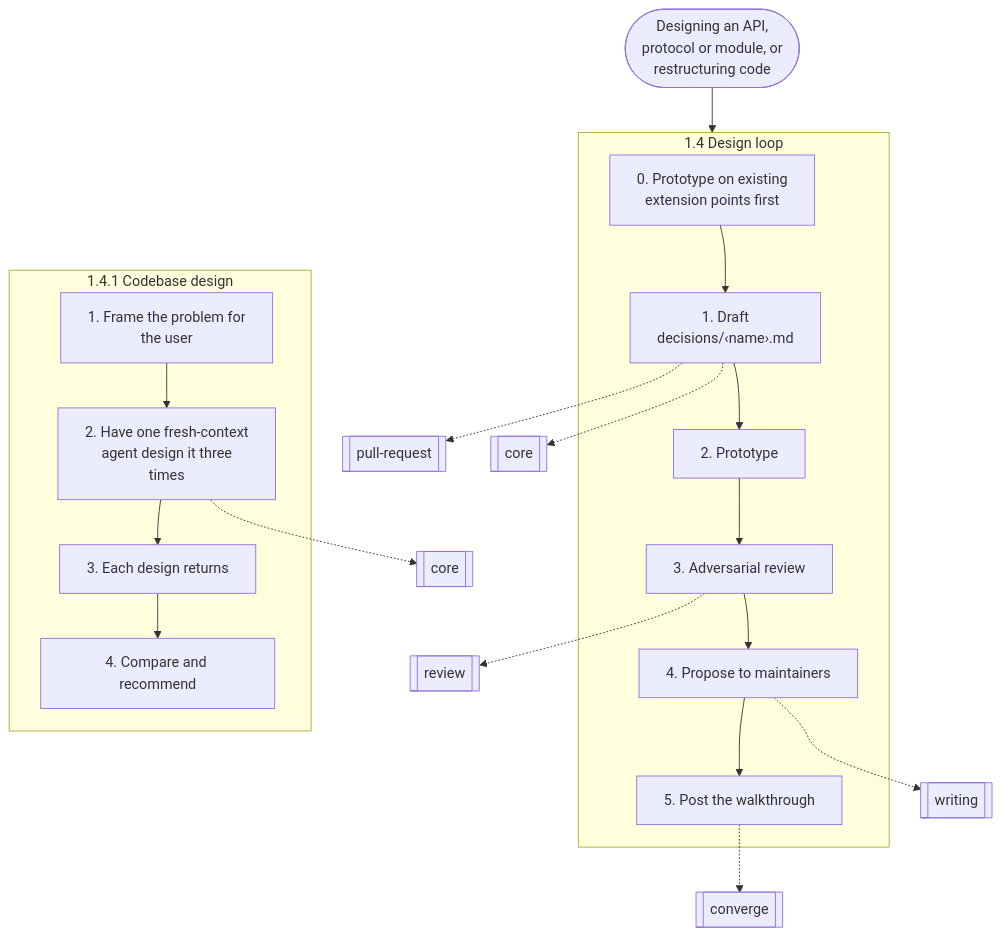
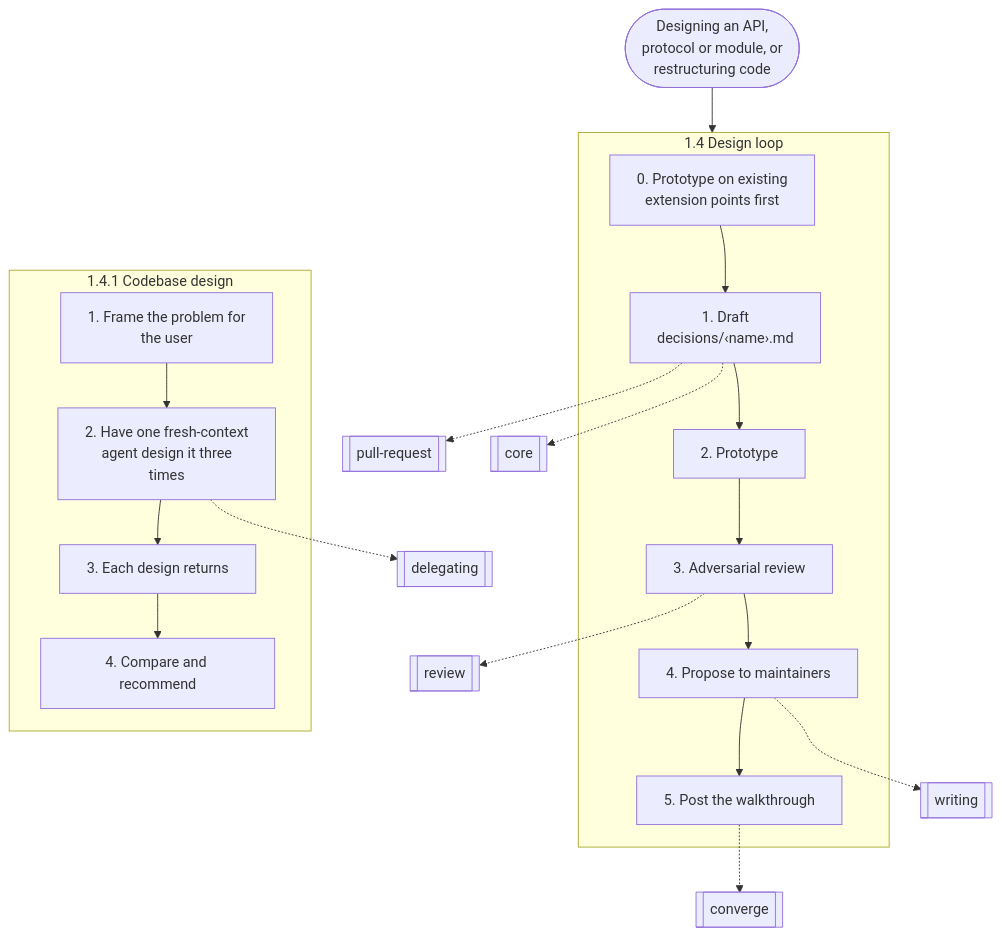
One commit to nitedani/mergeworthy changed the third of 17 diagrams in docs/graphs.md. Above: the diagram before and after it, drawn with Mermaid. The commit also changed other lines of this file and 4 other files, not shown here.

Commit message:
Green CI: regenerate docs/graphs.md, and tests/all.sh runs every CI check before a push

````diff
--- a/docs/graphs.md
+++ b/docs/graphs.md
@@ -88,34 +88,34 @@
 ```mermaid
 flowchart TB
   start(["Designing an API,<br/>protocol or module, or<br/>restructuring code"])
   subgraph g0["1.4 Design loop"]
     s0["0. Prototype on existing<br/>extension points first"]
     s1["1. Draft<br/>decisions/‹name›.md"]
     s0 --> s1
     s2["2. Prototype"]
     s1 --> s2
     s3["3. Adversarial review"]
     s2 --> s3
     s4["4. Propose to maintainers"]
     s3 --> s4
     s5["5. Post the walkthrough"]
     s4 --> s5
   end
   s1 -.-> r1[["pull-request"]]
   s1 -.-> r2[["core"]]
   s3 -.-> r3[["review"]]
   s4 -.-> r4[["writing"]]
   s5 -.-> r5[["converge"]]
   subgraph g1["1.4.1 Codebase design"]
     s6["1. Frame the problem for<br/>the user"]
     s7["2. Have one fresh-context<br/>agent design it three<br/>times"]
     s6 --> s7
     s8["3. Each design returns"]
     s7 --> s8
     s9["4. Compare and recommend"]
     s8 --> s9
   end
-  s7 -.-> r6[["core"]]
+  s7 -.-> r6[["delegating"]]
   start --> g0
   g0 ~~~ g1
 ```
````
